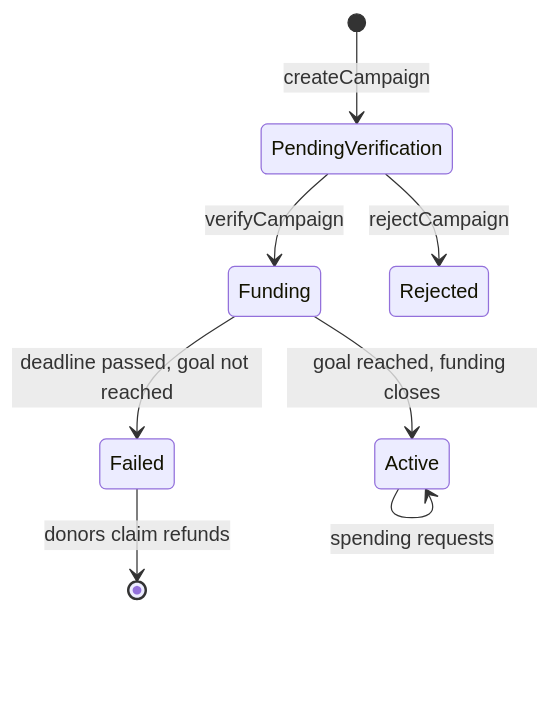
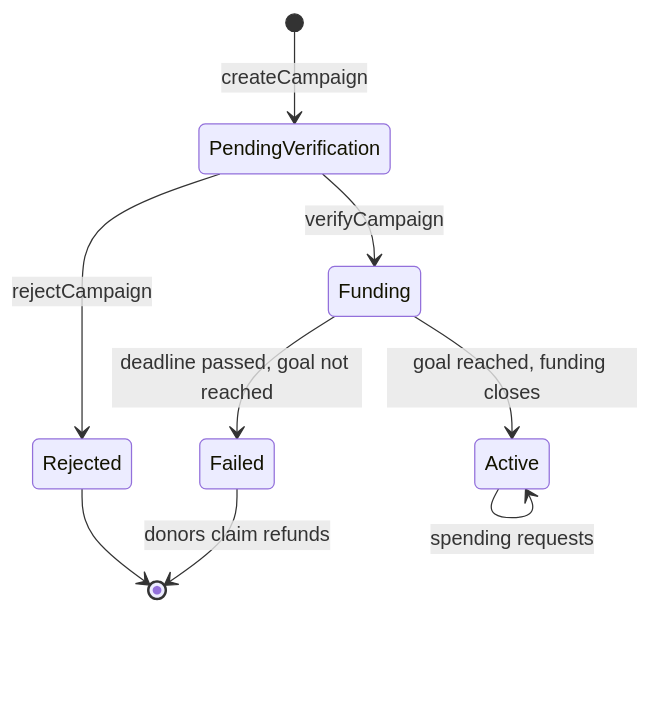
Before and after one commit to anoopcodehack/FundTrace: the first of 3 diagrams in README.md, drawn with Mermaid. The commit also changed other lines of this file, not shown here.

````diff
--- a/README.md
+++ b/README.md
@@ -89,10 +90,11 @@
 ```mermaid
 stateDiagram-v2
     [*] --> PendingVerification: createCampaign
     PendingVerification --> Funding: verifyCampaign
     PendingVerification --> Rejected: rejectCampaign
+    Rejected --> [*]
     Funding --> Active: goal reached, funding closes
     Funding --> Failed: deadline passed, goal not reached
     Failed --> [*]: donors claim refunds
     Active --> Active: spending requests
 ```
````
